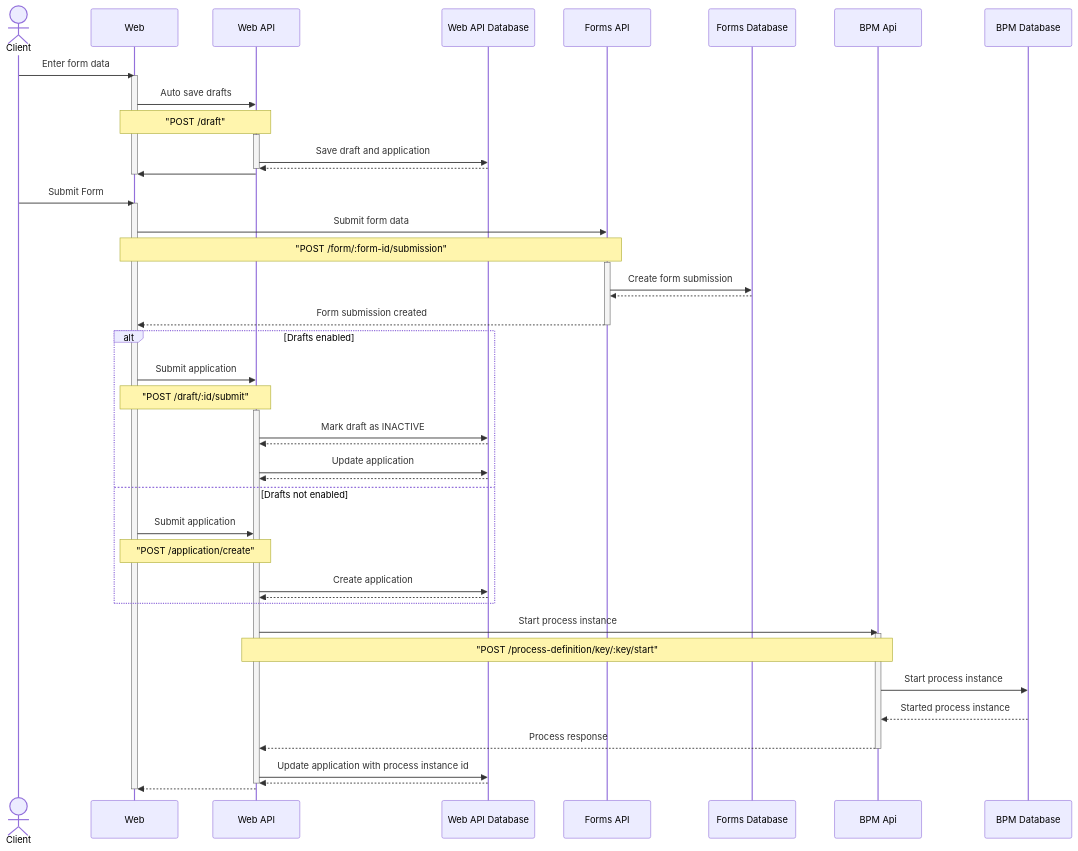
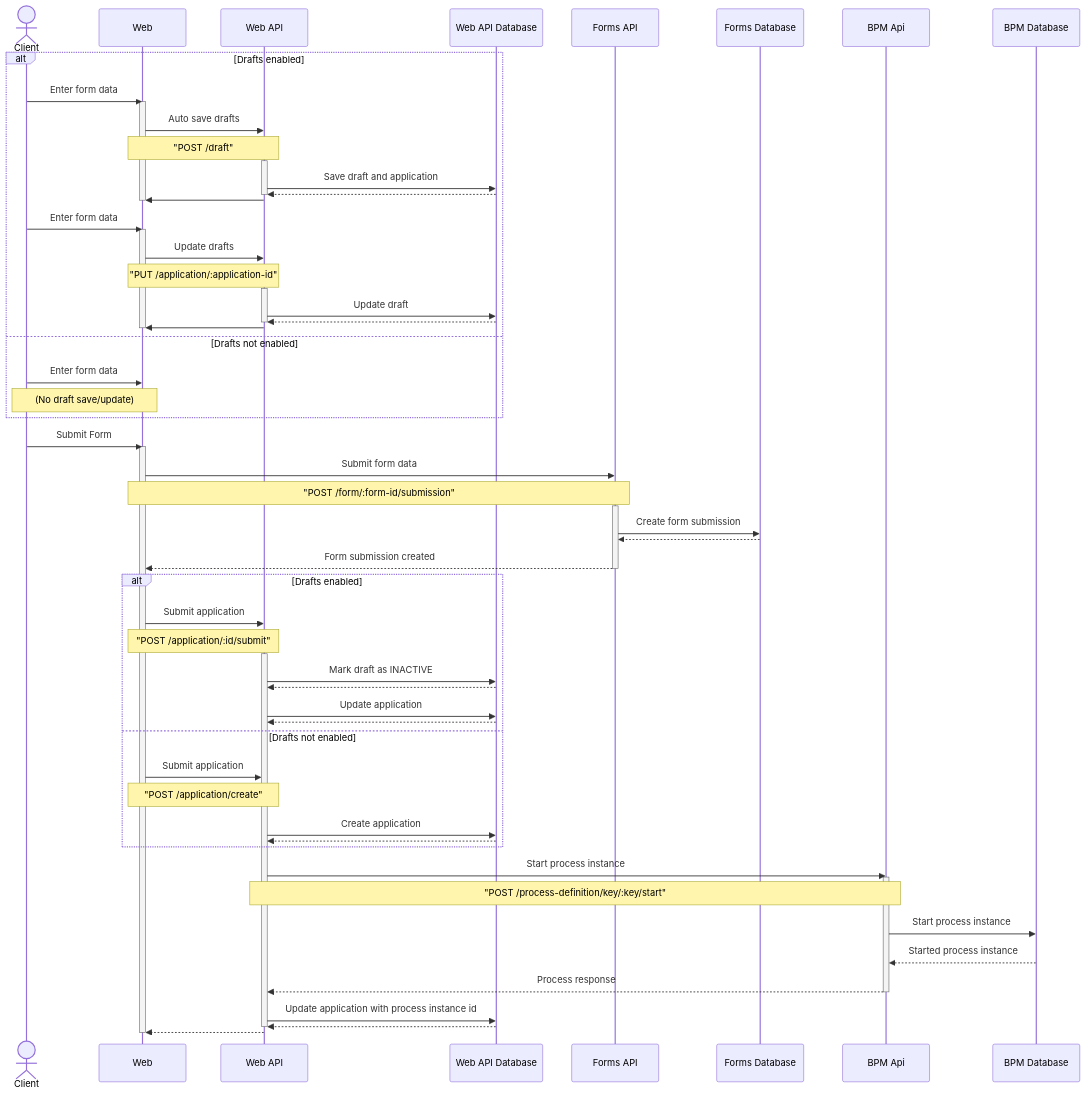
One commit to AOT-Technologies/forms-flow-ai changed the diagram in docs/sequence-diagrams/client-flow.md. Above: the diagram before and after it, drawn with Mermaid. The commit also changed 1 other file, not shown here.

Commit message:
FWF-5357: [Refactor]Refactor sequence diagrams for client and designer flows to enhance draft handling and clarify API interactions

````diff
--- a/docs/sequence-diagrams/client-flow.md
+++ b/docs/sequence-diagrams/client-flow.md
@@ -5,64 +5,80 @@
 ```mermaid
 sequenceDiagram
     actor Client as Client
     participant web as Web
     participant web-api as Web API
     participant web-api-db as Web API Database
     participant forms-api as Forms API
     participant forms-db as Forms Database
     participant bpm-api as BPM Api
     participant bpm-db as BPM Database
 
-    Client ->> web: Enter form data
-    activate web
-    web ->> web-api: Auto save drafts
-    Note over web,web-api: "POST /draft"
-    activate web-api
-    web-api ->> web-api-db: Save draft and application
-    web-api-db -->> web-api: 
-    deactivate web-api
-    web-api ->> web: 
-    deactivate web
+    alt Drafts enabled
+        Client ->> web: Enter form data
+        activate web
+        web ->> web-api: Auto save drafts
+        Note over web,web-api: "POST /draft"
+        activate web-api
+        web-api ->> web-api-db: Save draft and application
+        web-api-db -->> web-api: 
+        deactivate web-api
+        web-api ->> web: 
+        deactivate web
+
+        Client ->> web: Enter form data
+        activate web
+        web ->> web-api: Update drafts
+        Note over web,web-api: "PUT /application/:application-id"
+        activate web-api
+        web-api ->> web-api-db: Update draft
+        web-api-db -->> web-api: 
+        deactivate web-api
+        web-api ->> web: 
+        deactivate web
+    else Drafts not enabled
+        Client ->> web: Enter form data
+        Note over Client,web: (No draft save/update)
+    end
 
     Client ->> web: Submit Form
     activate web
     web ->> forms-api: Submit form data
     Note over web,forms-api: "POST /form/:form-id/submission"
     activate forms-api
     forms-api->>forms-db: Create form submission
     forms-db -->> forms-api: 
     forms-api -->> web: Form submission created
     deactivate forms-api
 
     alt Drafts enabled
         web ->> web-api: Submit application
-        Note over web,web-api: "POST /draft/:id/submit"
+        Note over web,web-api: "POST /application/:id/submit"
         activate web-api
         web-api->>web-api-db: Mark draft as INACTIVE
         web-api-db -->> web-api: 
         web-api->>web-api-db: Update application
         web-api-db -->> web-api: 
     else Drafts not enabled
         web ->> web-api: Submit application
         Note over web,web-api: "POST /application/create"
         web-api->>web-api-db: Create application
         web-api-db -->> web-api: 
     end
 
     
 
     web-api->>bpm-api: Start process instance
     activate bpm-api
     Note over web-api,bpm-api: "POST /process-definition/key/:key/start"
     bpm-api ->> bpm-db: Start process instance
     bpm-db -->> bpm-api: Started process instance
     bpm-api -->> web-api: Process response
     deactivate bpm-api
     web-api ->> web-api-db: Update application with process instance id
     web-api-db -->> web-api: 
     deactivate web-api
     web-api -->> web: 
     deactivate web
 
 
 ```
````
